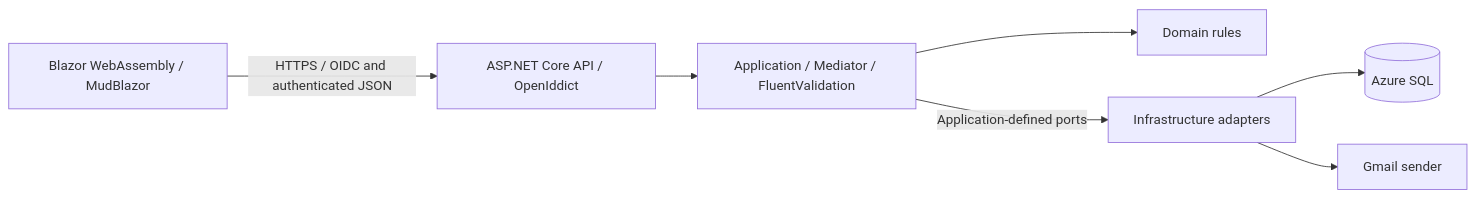
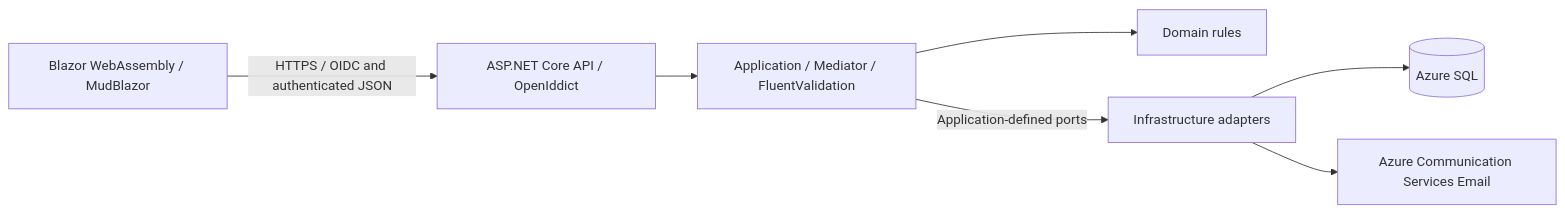
The diagram in docs/v1.0/technical.specification.md (juliantiu/personal-finance), drawn with Mermaid before and after one commit. The commit also changed other lines of this file and 7 other files, not shown here.

Commit message:
Added first migration to local sql server and updated tech spec to use Azure email/comm service

````diff
--- a/docs/v1.0/technical.specification.md
+++ b/docs/v1.0/technical.specification.md
@@ -61,16 +61,16 @@
 ```mermaid
 flowchart LR
   Browser[Blazor WebAssembly / MudBlazor]
   API[ASP.NET Core API / OpenIddict]
   Application[Application / Mediator / FluentValidation]
   Domain[Domain rules]
   Infrastructure[Infrastructure adapters]
   SQL[(Azure SQL)]
-  Gmail[Gmail sender]
+  Email[Azure Communication Services Email]
   Browser -->|HTTPS / OIDC and authenticated JSON| API
   API --> Application
   Application --> Domain
   Application -->|Application-defined ports| Infrastructure
   Infrastructure --> SQL
-  Infrastructure --> Gmail
+  Infrastructure --> Email
 ```
````
